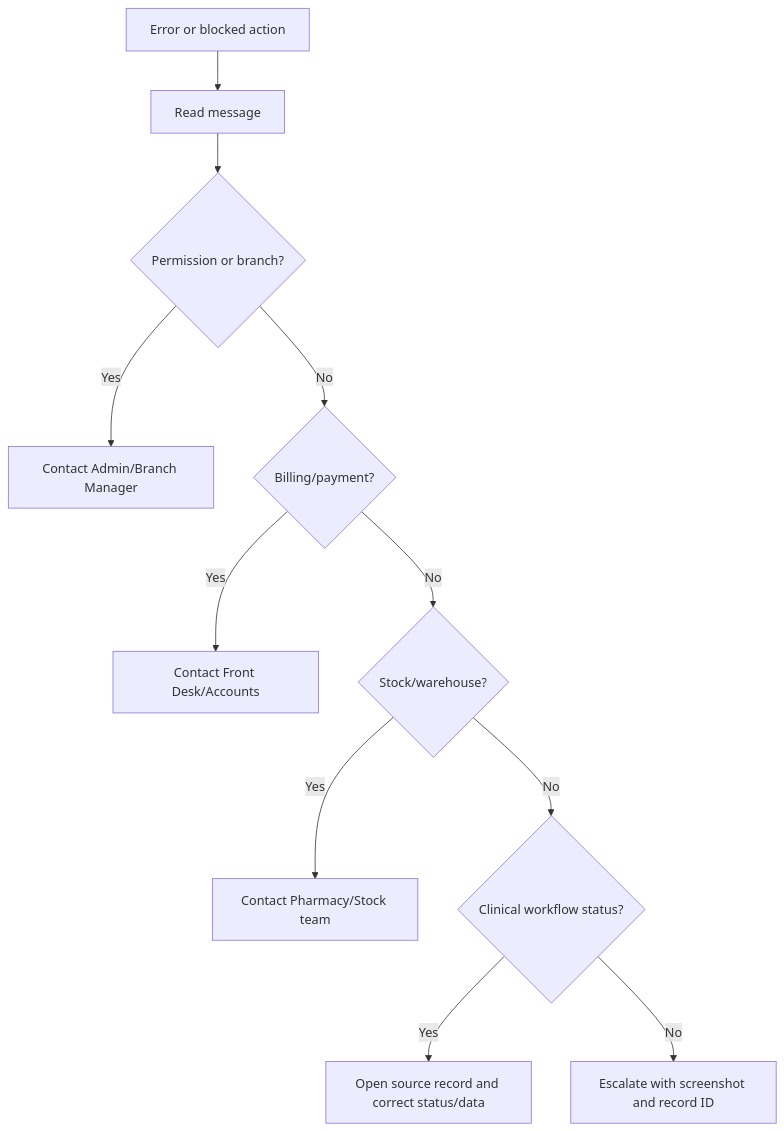
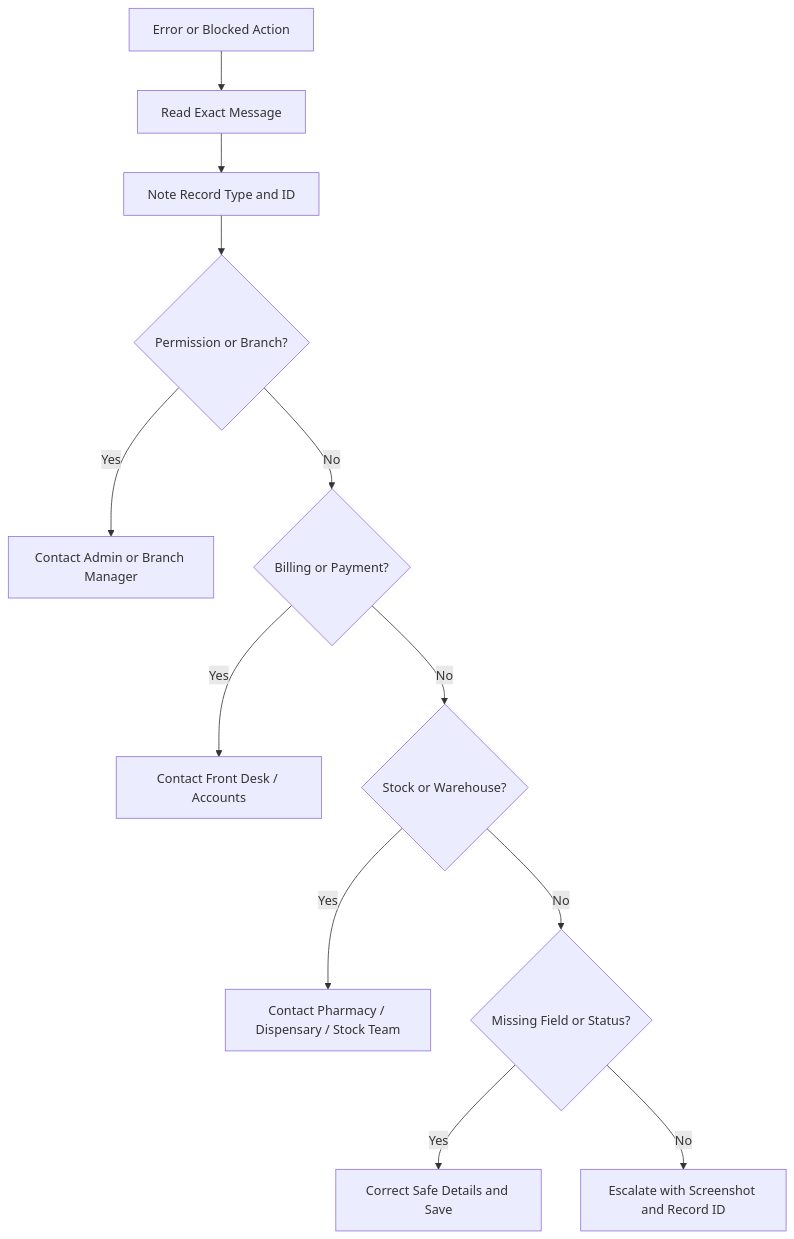
Before and after one commit to olayemigod/VetEdge: the diagram in docs/training/veterinary_doctor_operations/troubleshooting_and_common_errors.md, drawn with Mermaid. The commit also changed other lines of this file and 24 other files, not shown here.

````diff
--- a/docs/training/veterinary_doctor_operations/troubleshooting_and_common_errors.md
+++ b/docs/training/veterinary_doctor_operations/troubleshooting_and_common_errors.md
@@ -19,13 +19,14 @@
 ```mermaid
 flowchart TD
-    A[Error or blocked action] --> B[Read message]
-    B --> C{Permission or branch?}
-    C -->|Yes| D[Contact Admin/Branch Manager]
-    C -->|No| E{Billing/payment?}
-    E -->|Yes| F[Contact Front Desk/Accounts]
-    E -->|No| G{Stock/warehouse?}
-    G -->|Yes| H[Contact Pharmacy/Stock team]
-    G -->|No| I{Clinical workflow status?}
-    I -->|Yes| J[Open source record and correct status/data]
-    I -->|No| K[Escalate with screenshot and record ID]
+    A[Error or Blocked Action] --> B[Read Exact Message]
+    B --> C[Note Record Type and ID]
+    C --> D{Permission or Branch?}
+    D -->|Yes| E[Contact Admin or Branch Manager]
+    D -->|No| F{Billing or Payment?}
+    F -->|Yes| G[Contact Front Desk / Accounts]
+    F -->|No| H{Stock or Warehouse?}
+    H -->|Yes| I[Contact Pharmacy / Dispensary / Stock Team]
+    H -->|No| J{Missing Field or Status?}
+    J -->|Yes| K[Correct Safe Details and Save]
+    J -->|No| L[Escalate with Screenshot and Record ID]
 ```
````
